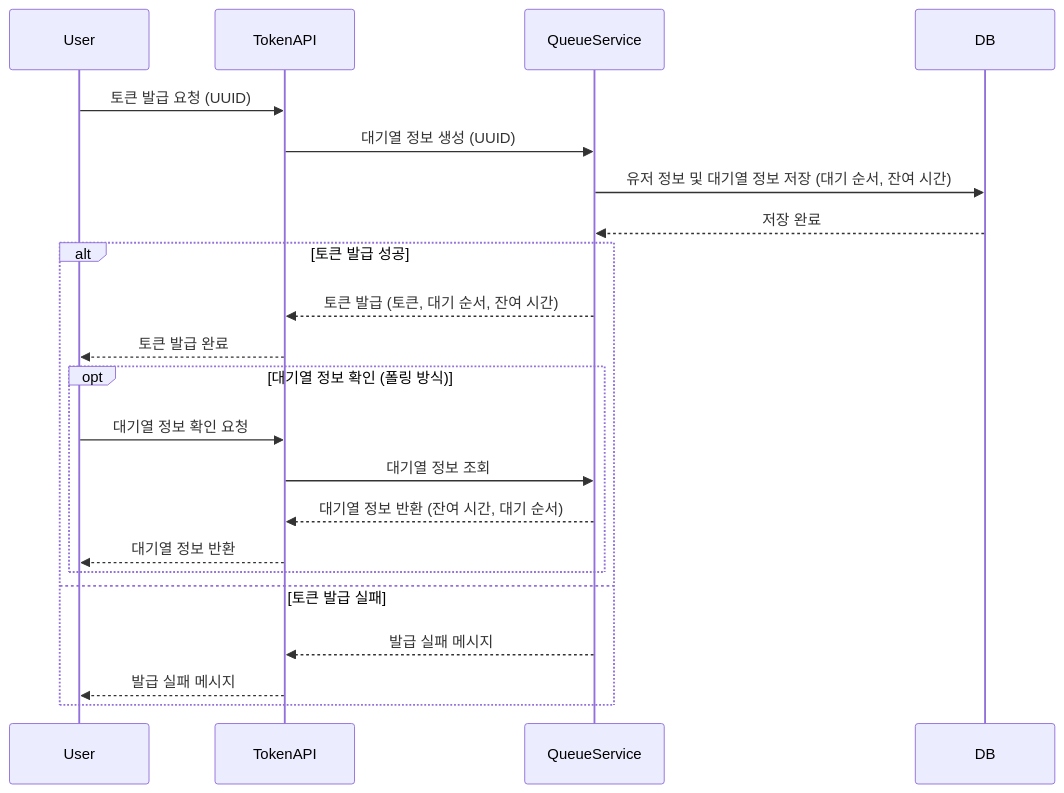
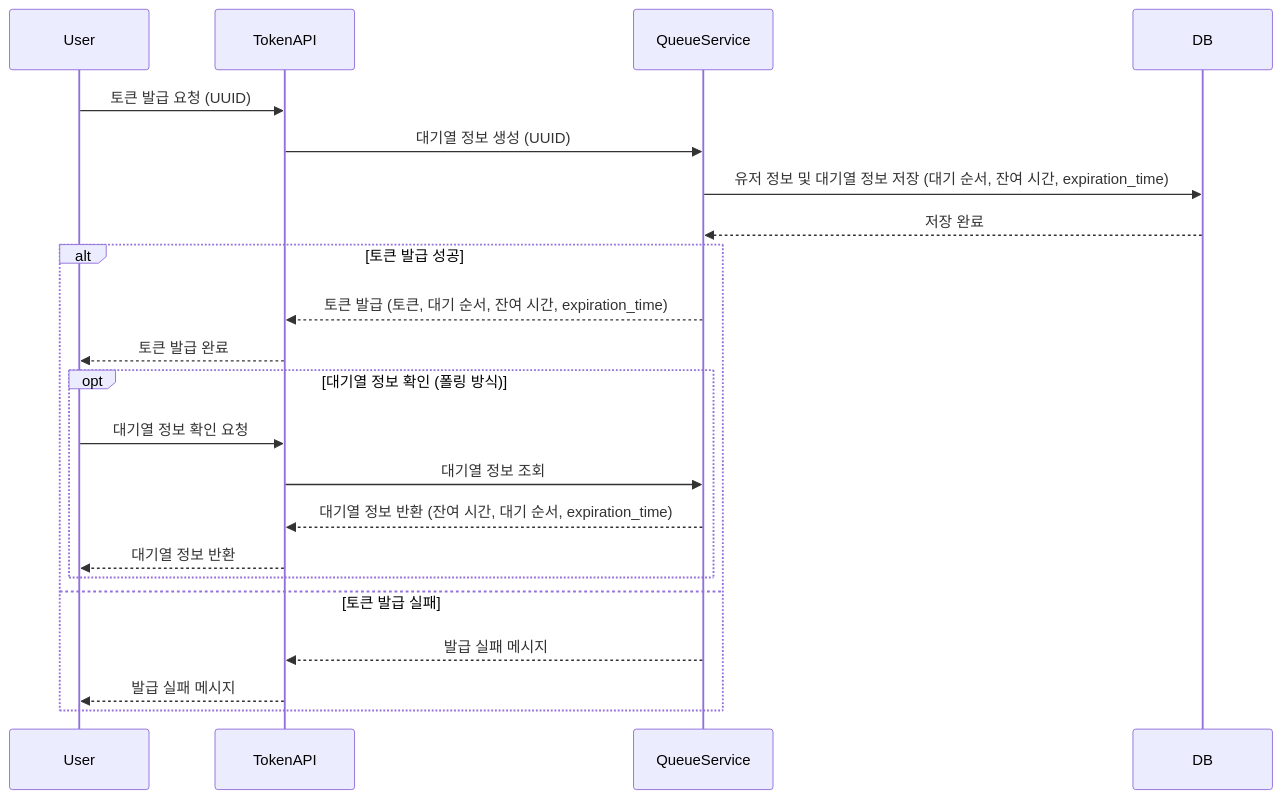
Before and after one commit to JEONGBEOMKO/hhplus-concert: the first of 7 diagrams in hhplus-concert/src/docs/sequence_diagram.md, drawn with Mermaid. The commit also changed other lines of this file and 1 other file, not shown here.

First line of the commit message:
Ref: ERD 수정, 시퀀스 다이어그램 수정

````diff
--- a/hhplus-concert/src/docs/sequence_diagram.md
+++ b/hhplus-concert/src/docs/sequence_diagram.md
@@ -5,26 +5,26 @@
 ```mermaid
 sequenceDiagram
     participant User
     participant TokenAPI
     participant QueueService
     participant DB
 
     User->>TokenAPI: 토큰 발급 요청 (UUID)
     TokenAPI->>QueueService: 대기열 정보 생성 (UUID)
-    QueueService->>DB: 유저 정보 및 대기열 정보 저장 (대기 순서, 잔여 시간)
+    QueueService->>DB: 유저 정보 및 대기열 정보 저장 (대기 순서, 잔여 시간, expiration_time)
     DB-->>QueueService: 저장 완료
 
     alt 토큰 발급 성공
-        QueueService-->>TokenAPI: 토큰 발급 (토큰, 대기 순서, 잔여 시간)
+        QueueService-->>TokenAPI: 토큰 발급 (토큰, 대기 순서, 잔여 시간, expiration_time)
         TokenAPI-->>User: 토큰 발급 완료
         opt 대기열 정보 확인 (폴링 방식)
             User->>TokenAPI: 대기열 정보 확인 요청
             TokenAPI->>QueueService: 대기열 정보 조회
-            QueueService-->>TokenAPI: 대기열 정보 반환 (잔여 시간, 대기 순서)
+            QueueService-->>TokenAPI: 대기열 정보 반환 (잔여 시간, 대기 순서, expiration_time)
             TokenAPI-->>User: 대기열 정보 반환
         end
     else 토큰 발급 실패
         QueueService-->>TokenAPI: 발급 실패 메시지
         TokenAPI-->>User: 발급 실패 메시지
     end
 ```
````
